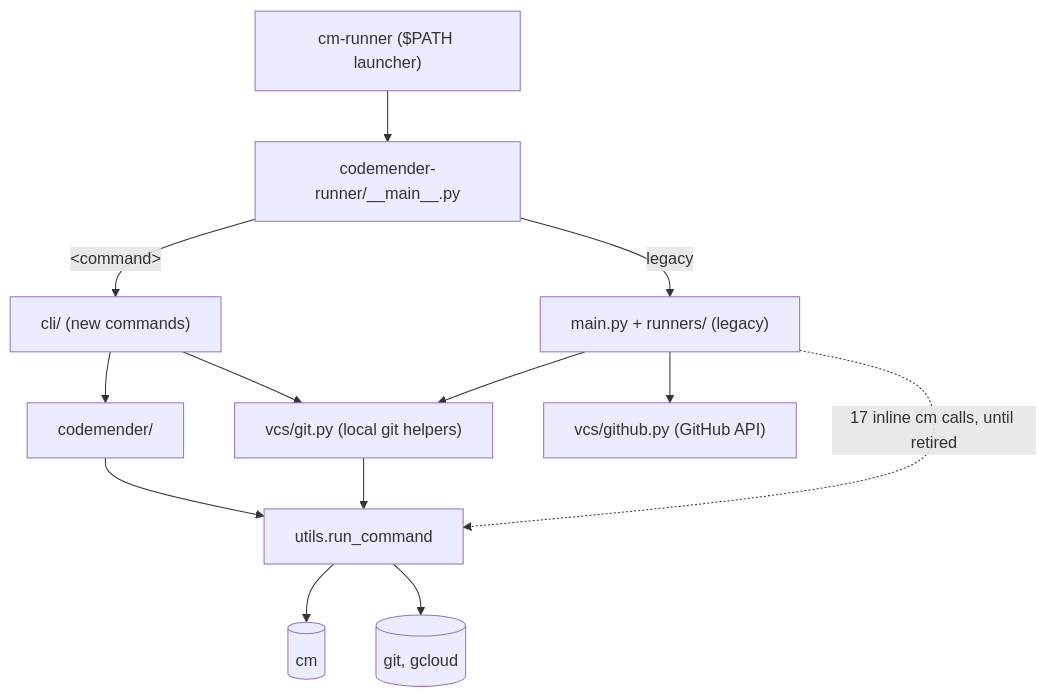
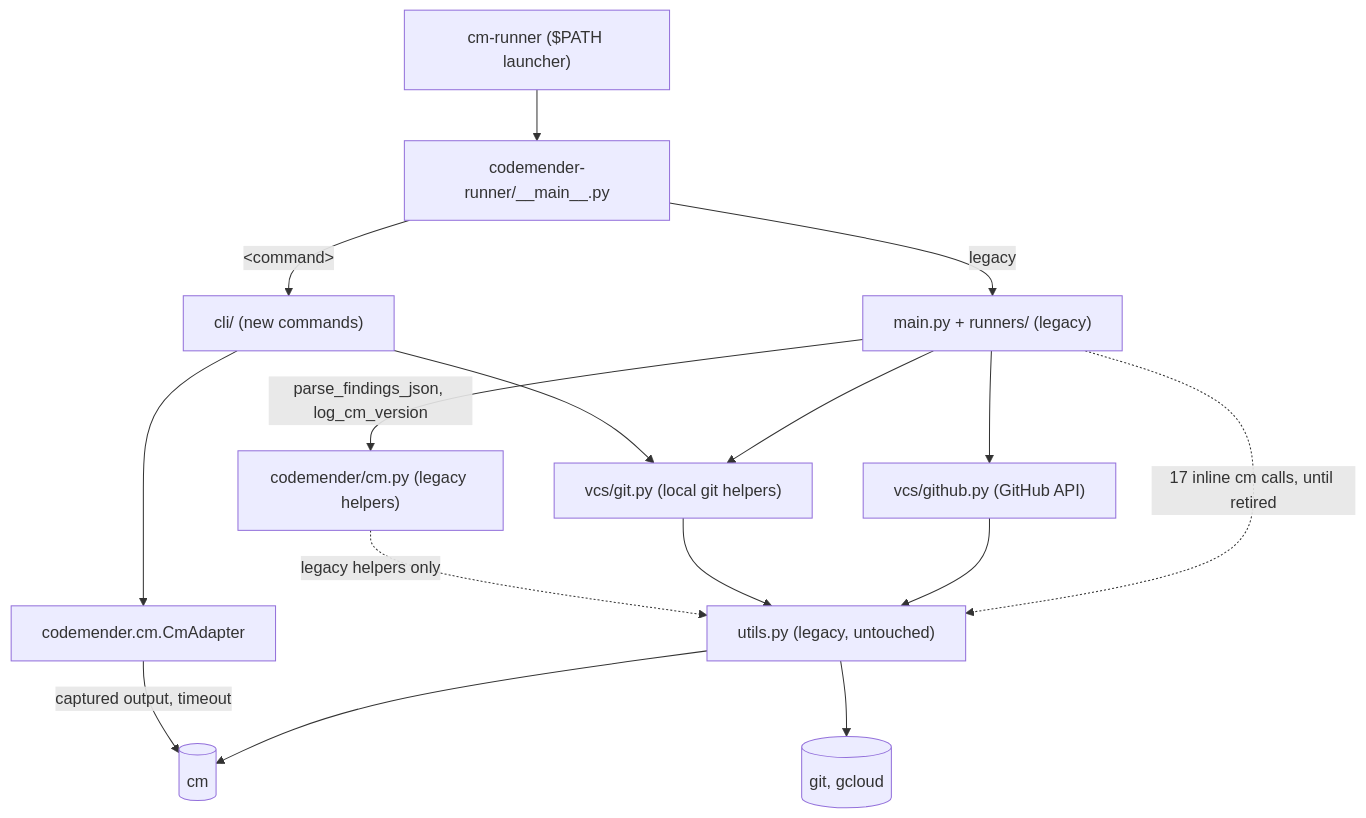
The diagram in docs/adr/ADR-0002-runner-layout-and-build.md (avnit/codemender-runner-mcp), drawn with Mermaid before and after one commit. The commit also changed other lines of this file and 13 other files, not shown here.

````diff
--- a/docs/adr/ADR-0002-runner-layout-and-build.md
+++ b/docs/adr/ADR-0002-runner-layout-and-build.md
@@ -185,26 +207,30 @@
 ```mermaid
 flowchart TD
     wrapper["cm-runner ($PATH launcher)"]
     entry["codemender-runner/__main__.py"]
     cli["cli/ (new commands)"]
     legacy["main.py + runners/ (legacy)"]
-    cm_layer["codemender/"]
+    cm_layer["codemender/cm.py (legacy helpers)"]
     git["vcs/git.py (local git helpers)"]
     github["vcs/github.py (GitHub API)"]
-    utils["utils.run_command"]
+    adapter["codemender.cm.CmAdapter"]
+    utils["utils.py (legacy, untouched)"]
     binary[("cm")]
     other[("git, gcloud")]
 
     wrapper --> entry
     entry -->|"#lt;command#gt;"| cli
     entry -->|"legacy"| legacy
-    cli --> cm_layer
+    cli --> adapter
     cli --> git
-    cm_layer --> utils
+    adapter -->|"captured output, timeout"| binary
+    legacy -->|"parse_findings_json, log_cm_version"| cm_layer
+    cm_layer -.->|"legacy helpers only"| utils
     git --> utils
+    github --> utils
     utils --> binary
     utils --> other
     legacy --> git
     legacy --> github
     legacy -.->|"17 inline cm calls, until retired"| utils
 ```
````
